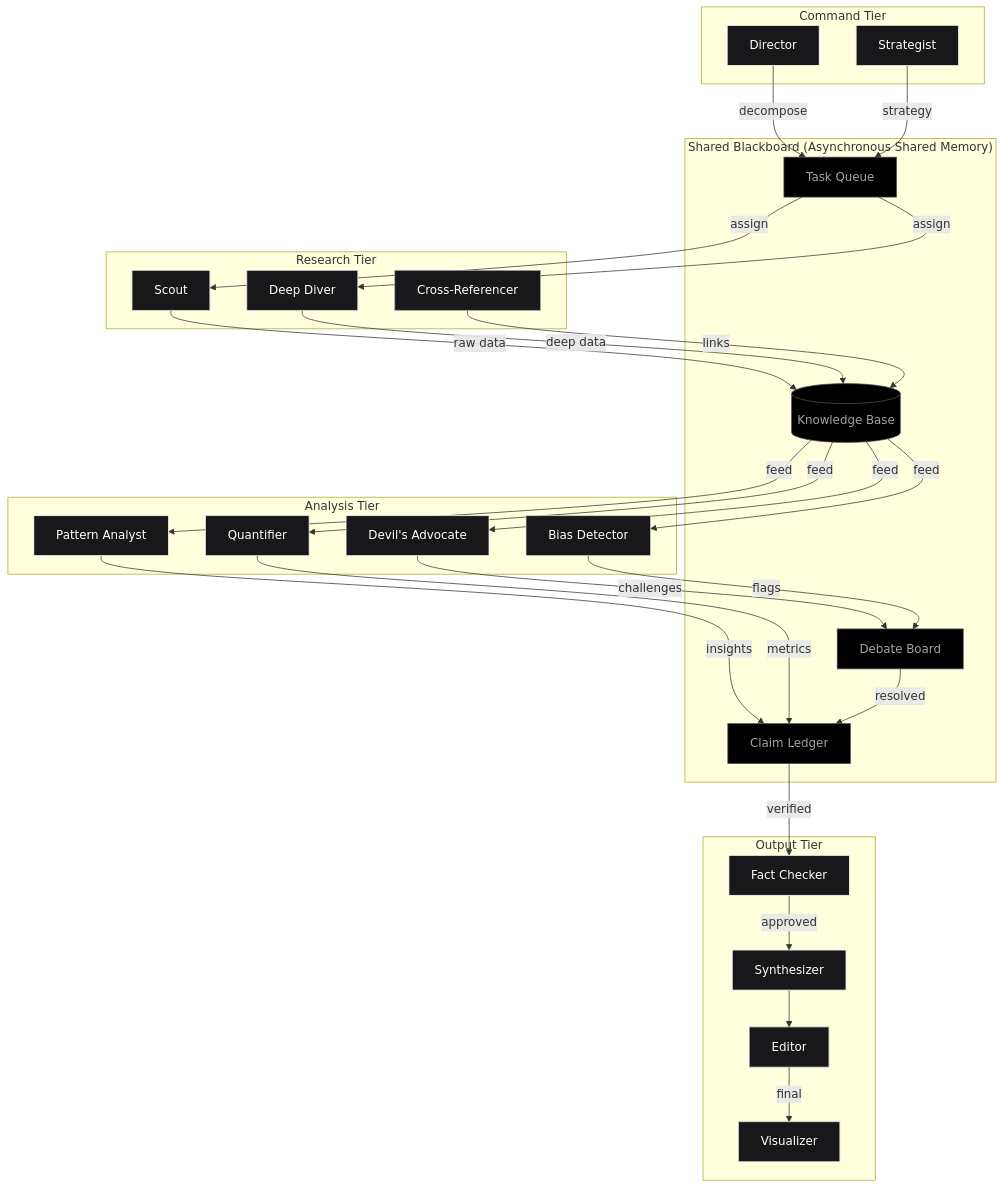
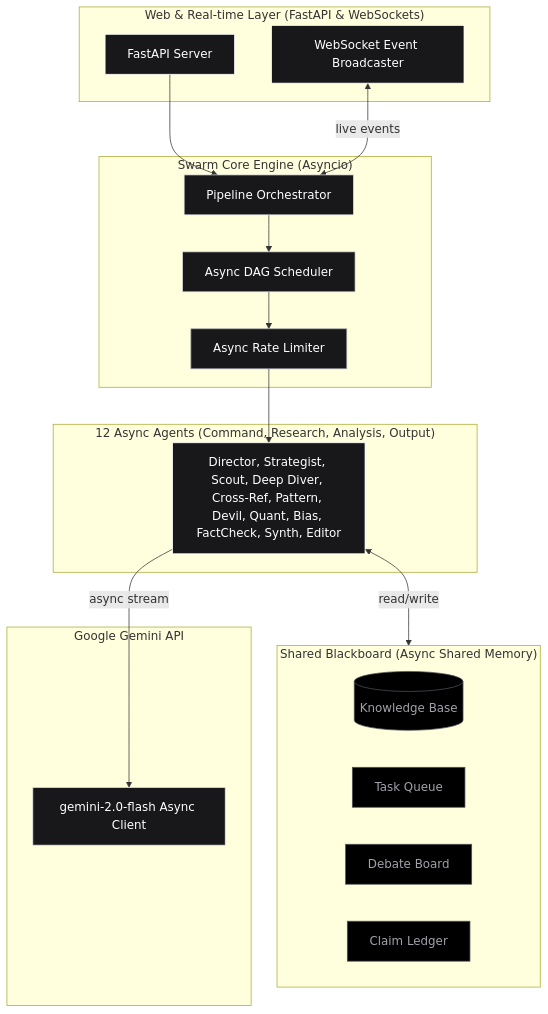
The first of 3 diagrams in README.md (siddarth1872004/nexus-research), drawn with Mermaid before and after one commit. The commit also changed other lines of this file and 73 other files, not shown here.

Commit message:
feat: complete Python rewrite with FastAPI, asyncio DAG scheduling, WebSockets, and AMOLED UI

````diff
--- a/README.md
+++ b/README.md
@@ -15,73 +11,48 @@
 ```mermaid
 graph TB
-    subgraph COMMAND_TIER["Command Tier"]
-        DIR[Director]
-        STR[Strategist]
+    subgraph WEB_LAYER["Web & Real-time Layer (FastAPI & WebSockets)"]
+        APP[FastAPI Server]
+        WS[WebSocket Event Broadcaster]
     end
 
-    subgraph BLACKBOARD["Shared Blackboard (Asynchronous Shared Memory)"]
+    subgraph SWARM_CORE["Swarm Core Engine (Asyncio)"]
+        PIPE[Pipeline Orchestrator]
+        SCHED[Async DAG Scheduler]
+        LIMIT[Async Rate Limiter]
+    end
+
+    subgraph BLACKBOARD["Shared Blackboard (Async Shared Memory)"]
         KB[(Knowledge Base)]
         TQ[Task Queue]
         DB[Debate Board]
         CL[Claim Ledger]
     end
 
-    subgraph RESEARCH_TIER["Research Tier"]
-        SCT[Scout]
-        DDV[Deep Diver]
-        CRF[Cross-Referencer]
+    subgraph AGENT_SWARM["12 Async Agents (Command, Research, Analysis, Output)"]
+        AGENTS[Director, Strategist, Scout, Deep Diver, Cross-Ref, Pattern, Devil, Quant, Bias, FactCheck, Synth, Editor]
     end
 
-    subgraph ANALYSIS_TIER["Analysis Tier"]
-        PAT[Pattern Analyst]
-        DVA[Devil's Advocate]
-        QNT[Quantifier]
-        BIA[Bias Detector]
+    subgraph GEMINI_API["Google Gemini API"]
+        GEMINI[gemini-2.0-flash Async Client]
     end
 
-    subgraph OUTPUT_TIER["Output Tier"]
-        FCK[Fact Checker]
-        SYN[Synthesizer]
-        VIZ[Visualizer]
-        EDI[Editor]
-    end
+    APP --> PIPE
+    WS <-->|live events| PIPE
+    PIPE --> SCHED
+    SCHED --> LIMIT
+    LIMIT --> AGENTS
+    AGENTS -->|async stream| GEMINI
+    AGENTS <-->|read/write| BLACKBOARD
 
-    DIR -->|decompose| TQ
-    STR -->|strategy| TQ
-    TQ -->|assign| SCT
-    TQ -->|assign| DDV
-    SCT -->|raw data| KB
-    DDV -->|deep data| KB
-    CRF -->|links| KB
-    KB -->|feed| PAT
-    KB -->|feed| DVA
-    KB -->|feed| QNT
-    KB -->|feed| BIA
-    PAT -->|insights| CL
-    DVA -->|challenges| DB
-    QNT -->|metrics| CL
-    BIA -->|flags| DB
-    DB -->|resolved| CL
-    CL -->|verified| FCK
-    FCK -->|approved| SYN
-    SYN --> EDI
-    EDI -->|final| VIZ
-
-    style DIR fill:#18181b,stroke:#ffffff,color:#fff
-    style STR fill:#18181b,stroke:#e4e4e7,color:#fff
-    style SCT fill:#18181b,stroke:#d4d4d8,color:#fff
-    style DDV fill:#18181b,stroke:#d4d4d8,color:#fff
-    style CRF fill:#18181b,stroke:#a1a1aa,color:#fff
-    style PAT fill:#18181b,stroke:#ffffff,color:#fff
-    style DVA fill:#18181b,stroke:#f4f4f5,color:#fff
-    style QNT fill:#18181b,stroke:#e4e4e7,color:#fff
-    style BIA fill:#18181b,stroke:#d4d4d8,color:#fff
-    style FCK fill:#18181b,stroke:#ffffff,color:#fff
-    style SYN fill:#18181b,stroke:#e4e4e7,color:#fff
-    style VIZ fill:#18181b,stroke:#d4d4d8,color:#fff
-    style EDI fill:#18181b,stroke:#a1a1aa,color:#fff
+    style APP fill:#18181b,stroke:#ffffff,color:#fff
+    style WS fill:#18181b,stroke:#ffffff,color:#fff
+    style PIPE fill:#18181b,stroke:#e4e4e7,color:#fff
+    style SCHED fill:#18181b,stroke:#d4d4d8,color:#fff
+    style LIMIT fill:#18181b,stroke:#a1a1aa,color:#fff
+    style AGENTS fill:#18181b,stroke:#ffffff,color:#fff
+    style GEMINI fill:#18181b,stroke:#e4e4e7,color:#fff
     style KB fill:#000000,stroke:#52525b,color:#a1a1aa
     style TQ fill:#000000,stroke:#52525b,color:#a1a1aa
     style DB fill:#000000,stroke:#52525b,color:#a1a1aa
     style CL fill:#000000,stroke:#52525b,color:#a1a1aa
 ```
````
